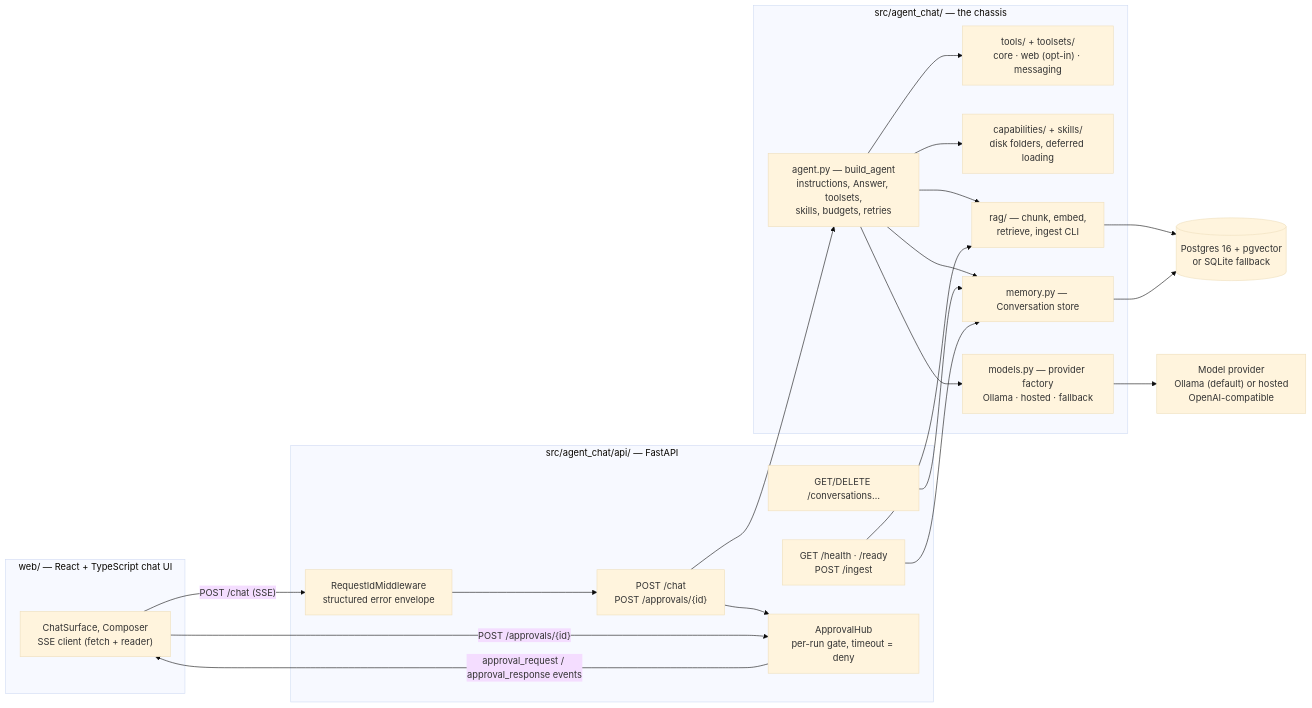
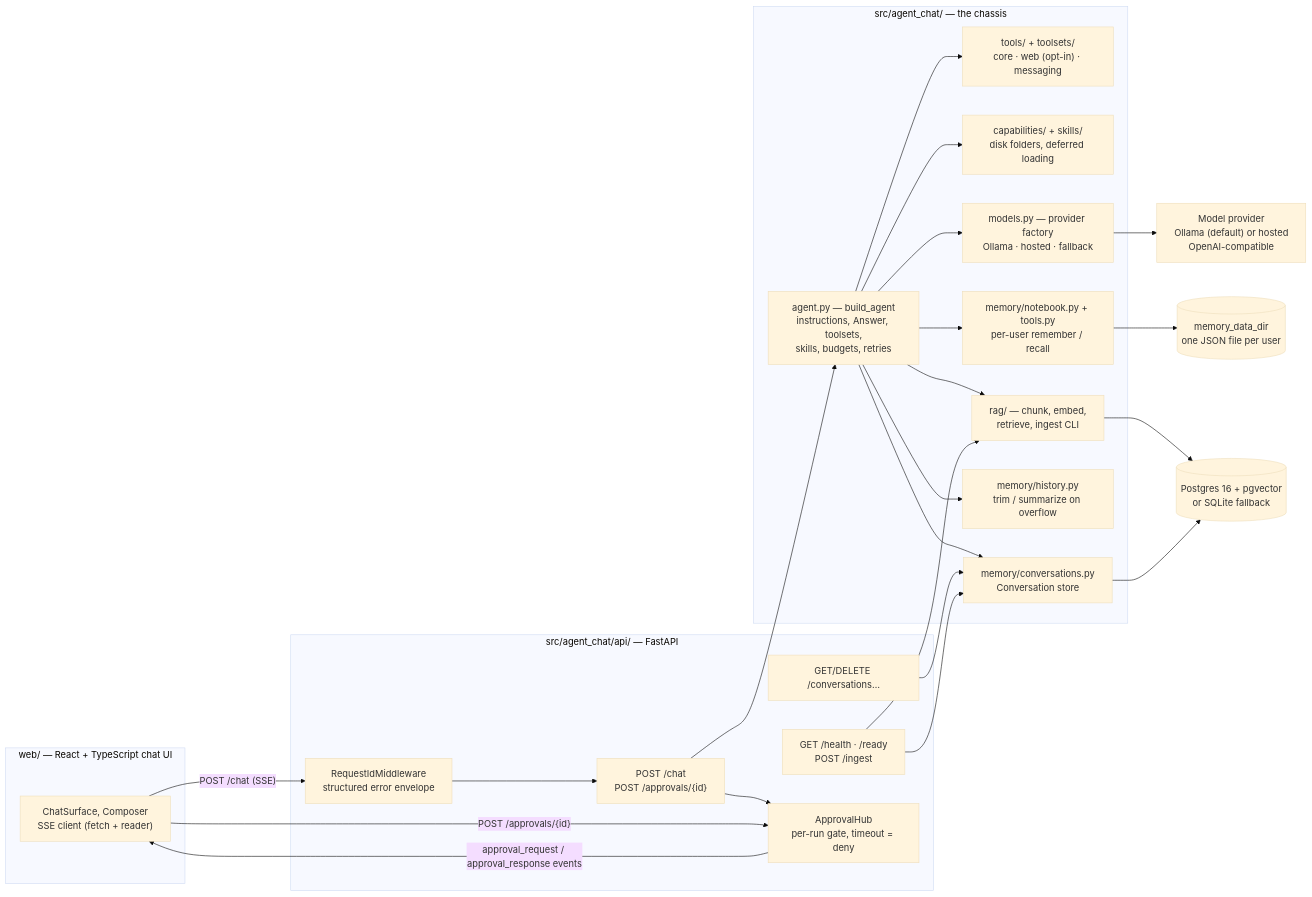
The diagram in apps/agent-chat/specs/architecture.md (amm-ds/portfolio), drawn with Mermaid (base theme) before and after one commit. The commit also changed other lines of this file and 31 other files, not shown here.

First line of the commit message:
apps: memory harness + history policy + UI article with a real recall capture

````diff
--- a/apps/agent-chat/specs/architecture.md
+++ b/apps/agent-chat/specs/architecture.md
@@ -14,42 +14,47 @@
 ```mermaid
 flowchart LR
   subgraph client["web/ — React + TypeScript chat UI"]
     UI["ChatSurface, Composer<br/>SSE client (fetch + reader)"]
   end
 
   subgraph api["src/agent_chat/api/ — FastAPI"]
     CHAT["POST /chat<br/>POST /approvals/{id}"]
     CONV["GET/DELETE /conversations…"]
     ADMIN["GET /health · /ready<br/>POST /ingest"]
     HUB["ApprovalHub<br/>per-run gate, timeout = deny"]
     MID["RequestIdMiddleware<br/>structured error envelope"]
   end
 
   subgraph core["src/agent_chat/ — the chassis"]
     AGENT["agent.py — build_agent<br/>instructions, Answer, toolsets,<br/>skills, budgets, retries"]
     TS["tools/ + toolsets/<br/>core · web (opt-in) · messaging"]
     CAP["capabilities/ + skills/<br/>disk folders, deferred loading"]
     RAG["rag/ — chunk, embed,<br/>retrieve, ingest CLI"]
-    MEM["memory.py — Conversation store"]
+    MEM["memory/conversations.py<br/>Conversation store"]
+    NOTE["memory/notebook.py + tools.py<br/>per-user remember / recall"]
+    HIST["memory/history.py<br/>trim / summarize on overflow"]
     MODELS["models.py — provider factory<br/>Ollama · hosted · fallback"]
   end
 
   LLM["Model provider<br/>Ollama (default) or hosted<br/>OpenAI-compatible"]
   DB[("Postgres 16 + pgvector<br/>or SQLite fallback")]
+  FILES[("memory_data_dir<br/>one JSON file per user")]
 
   UI -- "POST /chat (SSE)" --> MID --> CHAT
   CHAT --> AGENT
   CHAT --> HUB
   HUB -- "approval_request / approval_response events" --> UI
   UI -- "POST /approvals/{id}" --> HUB
   AGENT --> TS
   AGENT --> CAP
   AGENT --> RAG
   AGENT --> MEM
+  AGENT --> NOTE --> FILES
+  AGENT --> HIST
   AGENT --> MODELS --> LLM
   RAG --> DB
   MEM --> DB
   CONV --> MEM
   ADMIN --> RAG
   ADMIN --> MEM
 ```
````
